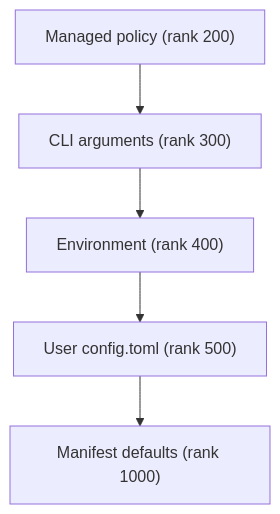
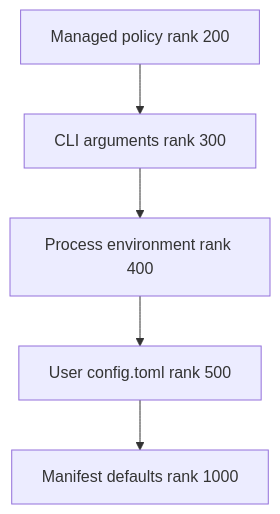
Before and after one commit to langchain-ai/deepagents: the first of 2 diagrams in openwiki/concepts/config-layering.md, drawn with Mermaid. The commit also changed other lines of this file and 20 other files, not shown here.

````diff
--- a/openwiki/concepts/config-layering.md
+++ b/openwiki/concepts/config-layering.md
@@ -63,7 +47,7 @@
 ```mermaid
 flowchart TD
-    M["Managed policy (rank 200)"] --> C["CLI arguments (rank 300)"]
-    C --> E["Environment (rank 400)"]
-    E --> U["User config.toml (rank 500)"]
-    U --> D["Manifest defaults (rank 1000)"]
+    M["Managed policy rank 200"] --> C["CLI arguments rank 300"]
+    C --> E["Process environment rank 400"]
+    E --> U["User config.toml rank 500"]
+    U --> D["Manifest defaults rank 1000"]
 ```
````
